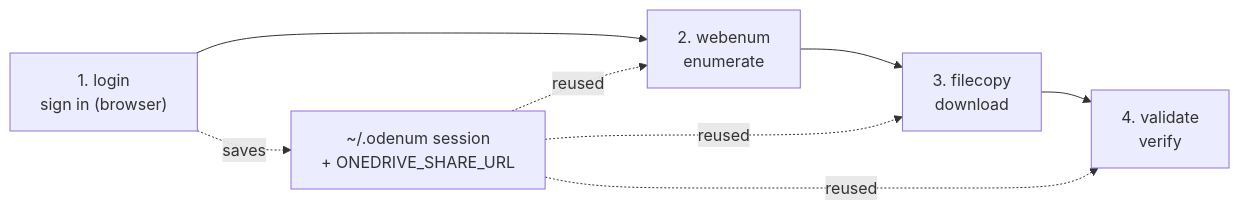
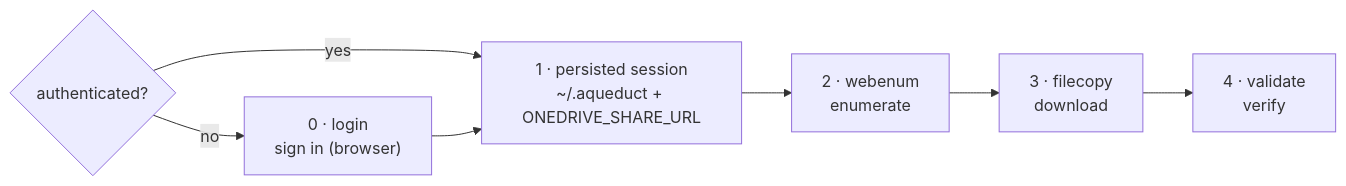
One commit to njrenaissance/aqueduct changed the diagram in README.md. Above: the diagram before and after it, drawn with Mermaid. The commit also changed other lines of this file and 36 other files, not shown here.

First line of the commit message:
refactor: complete Aqueduct rebrand — web-session-only, ~/.aqueduct config

````diff
--- a/README.md
+++ b/README.md
@@ -34,8 +63,9 @@
 ```mermaid
 flowchart LR
-    A["1. login<br/>sign in (browser)"] --> B["2. webenum<br/>enumerate"]
-    B --> C["3. filecopy<br/>download"]
-    C --> D["4. validate<br/>verify"]
-    A -. saves .-> S["~/.odenum session<br/>+ ONEDRIVE_SHARE_URL"]
-    S -. reused .-> B & C & D
+    Q{"authenticated?"} -- "no" --> L["0 · login<br/>sign in (browser)"]
+    Q -- "yes" --> P["1 · persisted session<br/>~/.aqueduct + ONEDRIVE_SHARE_URL"]
+    L --> P
+    P --> B["2 · webenum<br/>enumerate"]
+    B --> C["3 · filecopy<br/>download"]
+    C --> D["4 · validate<br/>verify"]
 ```
````
